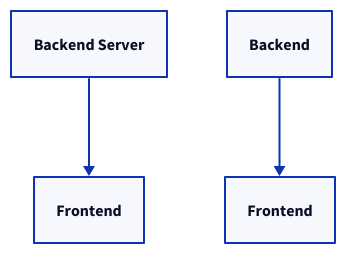
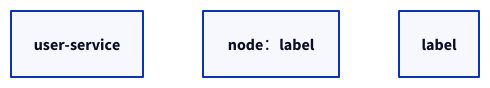
One commit to chyax98/DiagramAI changed the second of 24 diagrams in docs/kroki/d2/syntax-rules.md. Above: the diagram before and after it, drawn with D2. The commit also changed other lines of this file and 52 other files, not shown here.

````diff
--- a/docs/kroki/d2/syntax-rules.md
+++ b/docs/kroki/d2/syntax-rules.md
@@ -41,10 +26,14 @@
 ```d2
-# 键名 vs 标签
-backend: Backend Server  # backend 是键, "Backend Server" 是标签
+# ❌ 错误: 包含特殊字符但无引号
+user-service
 
-# 连接必须使用键名
-be: Backend
-fe: Frontend
-be -> fe           # ✅ 正确
-Backend -> Frontend # ❌ 错误: 创建新形状,不是引用已有形状
+# ✅ 正确: 使用引号包裹
+"user-service"
+'user-service'
+
+# ❌ 错误: 非 ASCII 冒号
+node：label  # 中文冒号
+
+# ✅ 正确: ASCII 冒号
+node: label  # 英文冒号
 ```
````
